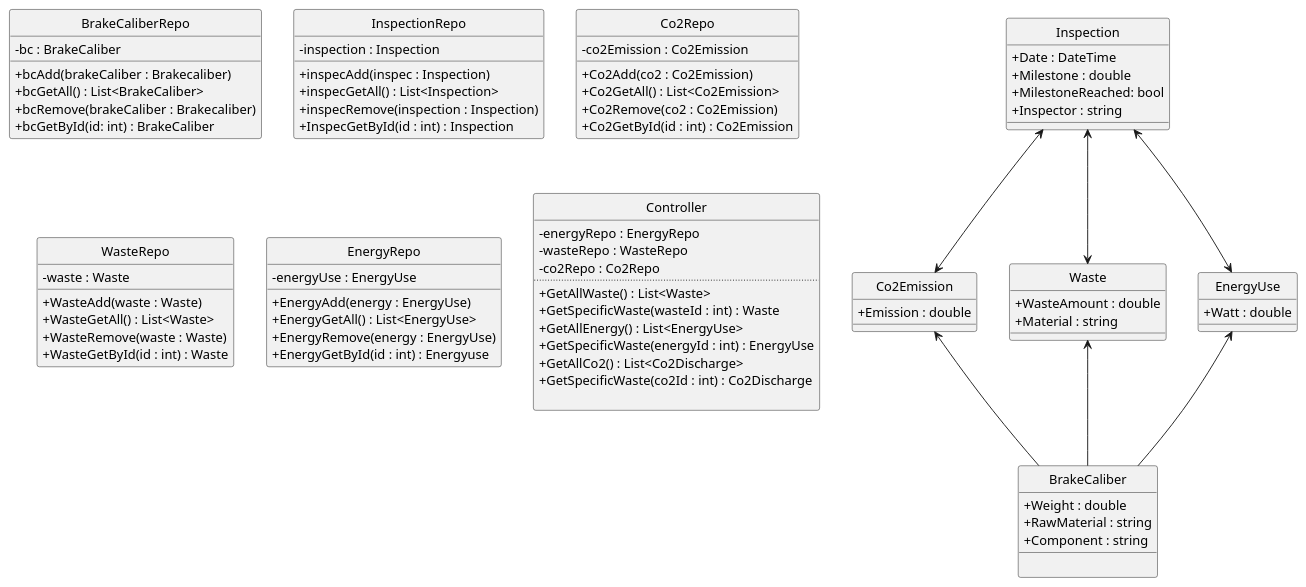
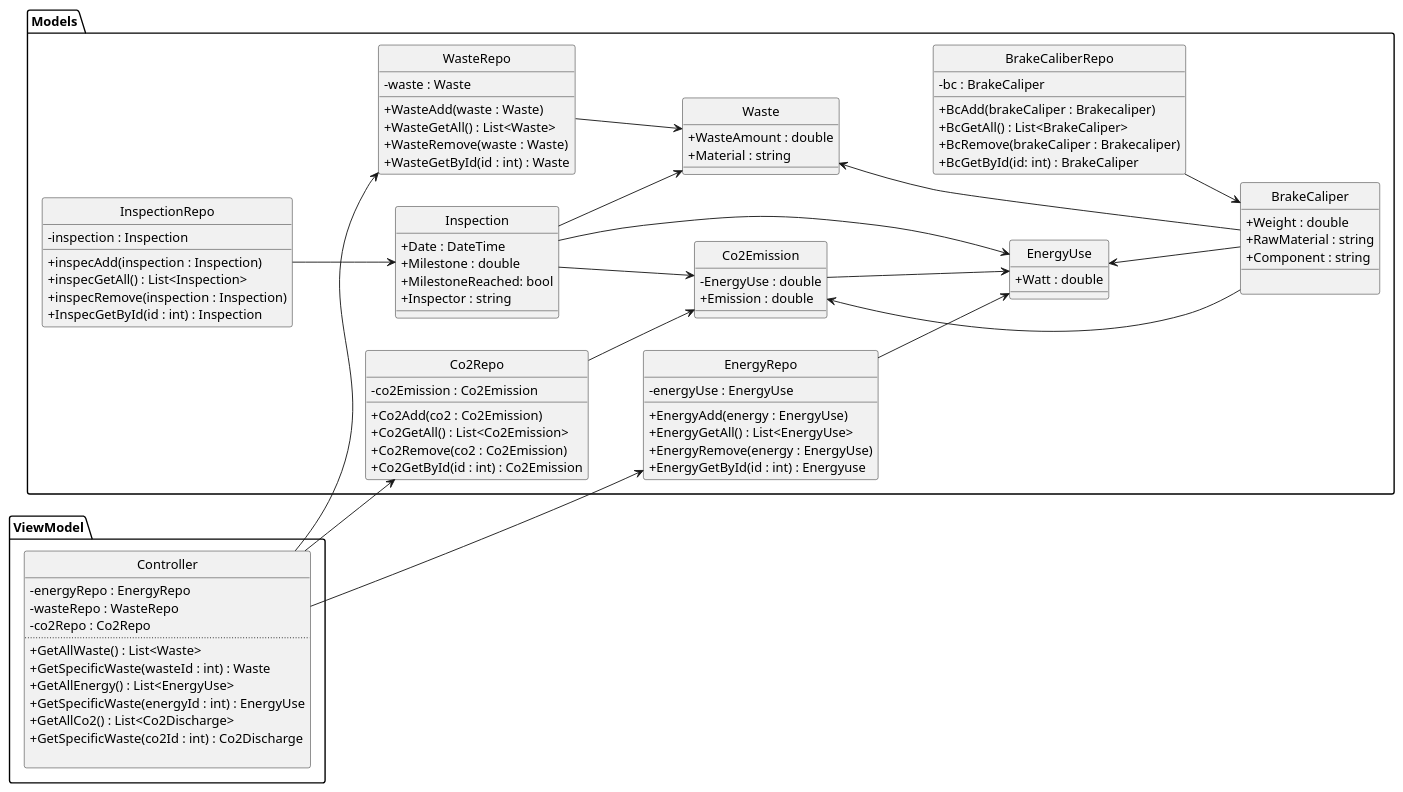
The diagram in Budweg/Artefacts/BudwegDCD.plantuml (FilipMeldal/Budweg), drawn with PlantUML before and after one commit.

Commit message:
Rettet DCD for Budweg

```diff
--- a/Budweg/Artefacts/BudwegDCD.plantuml
+++ b/Budweg/Artefacts/BudwegDCD.plantuml
@@ -1,115 +1,138 @@
 @startuml
 hide circle
 skinparam classAttributeIconSize 0
-
-Co2Emission  <--  BrakeCaliber
-Waste      <--  BrakeCaliber
-EnergyUse  <--  BrakeCaliber
-Inspection  <-->  Co2Emission
-Inspection  <-->  Waste
-Inspection  <-->  EnergyUse
+left to right direction
 
 
-Class BrakeCaliber
+Package ViewModel
+{
+
+Class Controller
+{
+-energyRepo : EnergyRepo
+-wasteRepo : WasteRepo
+-co2Repo : Co2Repo
+..
++GetAllWaste() : List<Waste>
++GetSpecificWaste(wasteId : int) : Waste
++GetAllEnergy() : List<EnergyUse>
++GetSpecificWaste(energyId : int) : EnergyUse
++GetAllCo2() : List<Co2Discharge>
++GetSpecificWaste(co2Id : int) : Co2Discharge
+
+}
+}
+
+
+
+
+Package Models
+{
+
+Class BrakeCaliper
 {
     +Weight : double
     +RawMaterial : string
     +Component : string
     __
     
 }
 
 Class Co2Emission 
 {
+    -EnergyUse : double
     +Emission : double
 }
 
 Class Waste
 {
     +WasteAmount : double
     +Material : string
 }
 
 Class EnergyUse
 {
     +Watt : double
 }
 
 Class Inspection
 {
     +Date : DateTime
     +Milestone : double
     +MilestoneReached: bool
     +Inspector : string
 }
 
 Class BrakeCaliberRepo
 {
-    -bc : BrakeCaliber
+    -bc : BrakeCaliper
     __
-    +bcAdd(brakeCaliber : Brakecaliber)
-    +bcGetAll() : List<BrakeCaliber>
-    +bcRemove(brakeCaliber : Brakecaliber)   
-    +bcGetById(id: int) : BrakeCaliber
+    +BcAdd(brakeCaliper : Brakecaliper)
+    +BcGetAll() : List<BrakeCaliper>
+    +BcRemove(brakeCaliper : Brakecaliper)   
+    +BcGetById(id: int) : BrakeCaliper
 }
 
 Class InspectionRepo
 { 
     -inspection : Inspection
     __
-    +inspecAdd(inspec : Inspection)
+    +inspecAdd(inspection : Inspection)
     +inspecGetAll() : List<Inspection>
     +inspecRemove(inspection : Inspection)
     +InspecGetById(id : int) : Inspection
 }
 
 
 Class Co2Repo
 {
     -co2Emission : Co2Emission
     __
     +Co2Add(co2 : Co2Emission)
     +Co2GetAll() : List<Co2Emission>
     +Co2Remove(co2 : Co2Emission)
     +Co2GetById(id : int) : Co2Emission
 }
 
 Class WasteRepo
 {
     -waste : Waste
     __
     +WasteAdd(waste : Waste)
     +WasteGetAll() : List<Waste>
     +WasteRemove(waste : Waste)
     +WasteGetById(id : int) : Waste
 }
 
 Class EnergyRepo
 {
     -energyUse : EnergyUse
     __
     +EnergyAdd(energy : EnergyUse)
     +EnergyGetAll() : List<EnergyUse>
     +EnergyRemove(energy : EnergyUse)
     +EnergyGetById(id : int) : Energyuse
 }
 
+}
+
+
+Co2Emission  <--  BrakeCaliper
+Co2Emission --> EnergyUse
+Waste      <--  BrakeCaliper
+EnergyUse  <--  BrakeCaliper
+Inspection  -->  Co2Emission
+Inspection  -->  Waste
+Inspection  -->  EnergyUse
+BrakeCaliberRepo --> BrakeCaliper
+InspectionRepo --> Inspection
+WasteRepo --> Waste
+EnergyRepo --> EnergyUse
+Co2Repo --> Co2Emission
+Controller -->EnergyRepo
+Controller -->WasteRepo
+Controller -->Co2Repo
 
 
 
-Class Controller
-{
--energyRepo : EnergyRepo
--wasteRepo : WasteRepo
--co2Repo : Co2Repo
-..
-+GetAllWaste() : List<Waste>
-+GetSpecificWaste(wasteId : int) : Waste
-+GetAllEnergy() : List<EnergyUse>
-+GetSpecificWaste(energyId : int) : EnergyUse
-+GetAllCo2() : List<Co2Discharge>
-+GetSpecificWaste(co2Id : int) : Co2Discharge
-
-}
-
 @enduml
```
